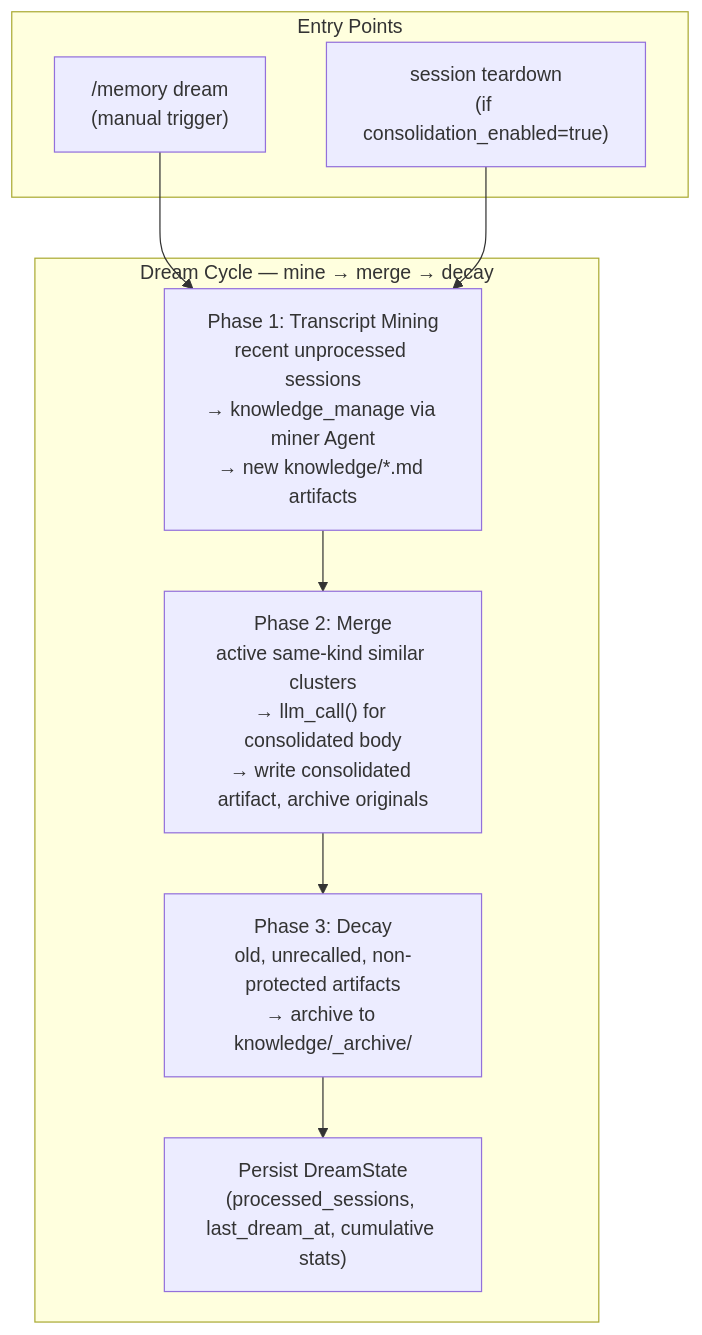
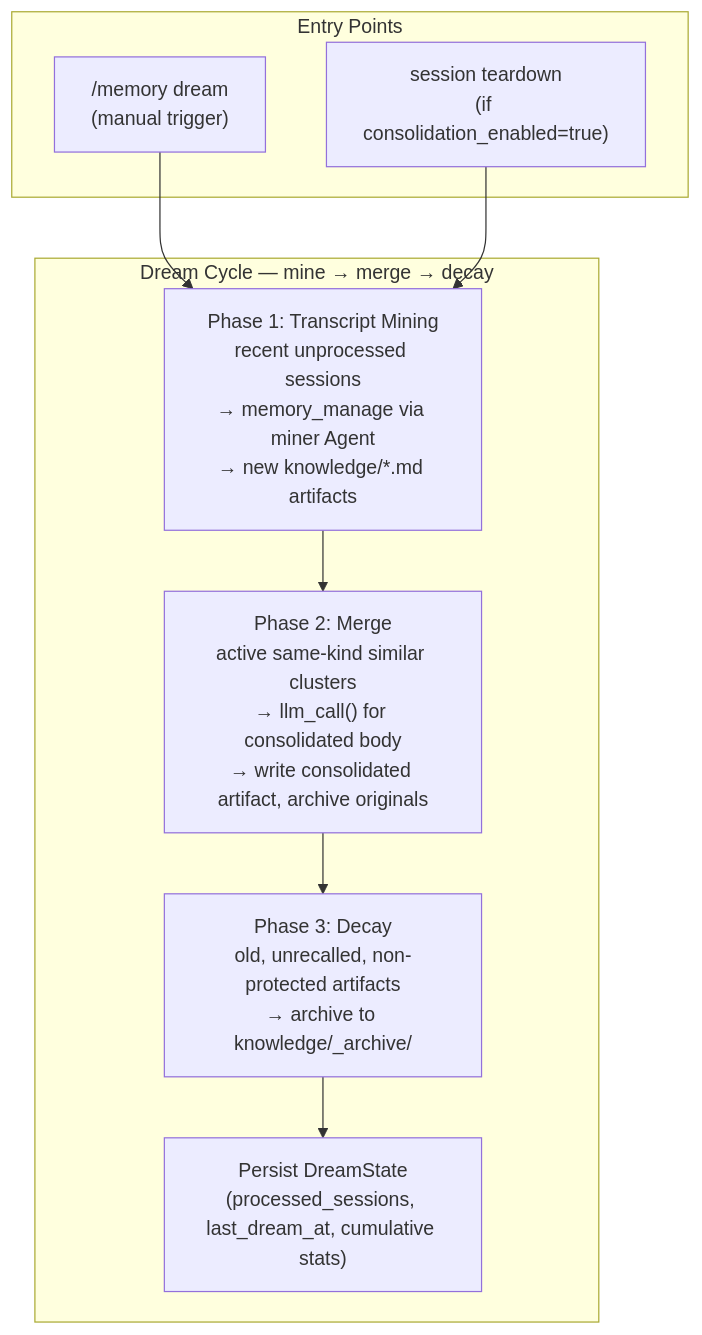
Before and after one commit to binlecode/co-cli: the diagram in docs/specs/dream.md, drawn with Mermaid. The commit also changed other lines of this file and 128 other files, not shown here.

First line of the commit message:
refactor: v0.8.212 — memory module refactor, knowledge→memory, session tier promotion

````diff
--- a/docs/specs/dream.md
+++ b/docs/specs/dream.md
@@ -18,20 +18,20 @@
 ```mermaid
 flowchart TD
     subgraph Entry["Entry Points"]
         Manual["/memory dream\n(manual trigger)"]
         Auto["session teardown\n(if consolidation_enabled=true)"]
     end
 
     subgraph Cycle["Dream Cycle — mine → merge → decay"]
-        Mine["Phase 1: Transcript Mining\nrecent unprocessed sessions\n→ knowledge_manage via miner Agent\n→ new knowledge/*.md artifacts"]
+        Mine["Phase 1: Transcript Mining\nrecent unprocessed sessions\n→ memory_manage via miner Agent\n→ new knowledge/*.md artifacts"]
         Merge["Phase 2: Merge\nactive same-kind similar clusters\n→ llm_call() for consolidated body\n→ write consolidated artifact, archive originals"]
         Decay["Phase 3: Decay\nold, unrecalled, non-protected artifacts\n→ archive to knowledge/_archive/"]
         State["Persist DreamState\n(processed_sessions, last_dream_at, cumulative stats)"]
     end
 
     Manual --> Mine
     Auto --> Mine
     Mine --> Merge
     Merge --> Decay
     Decay --> State
 ```
````
